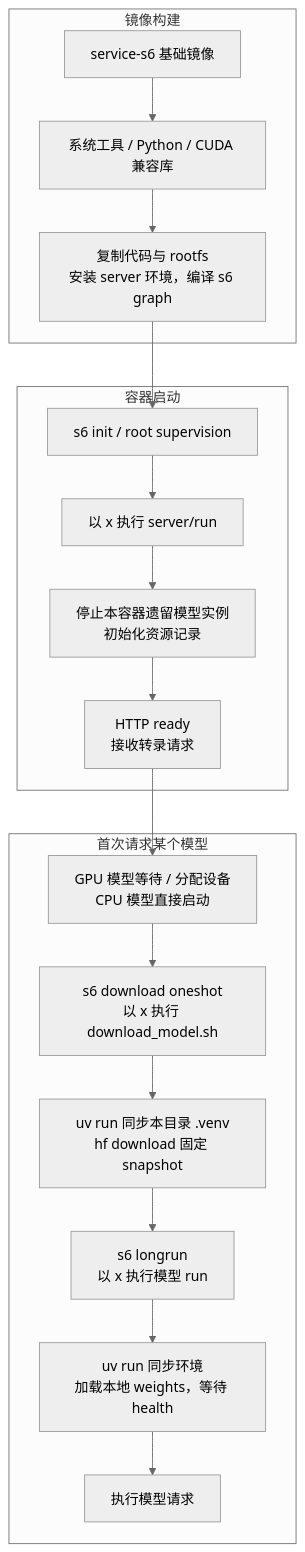
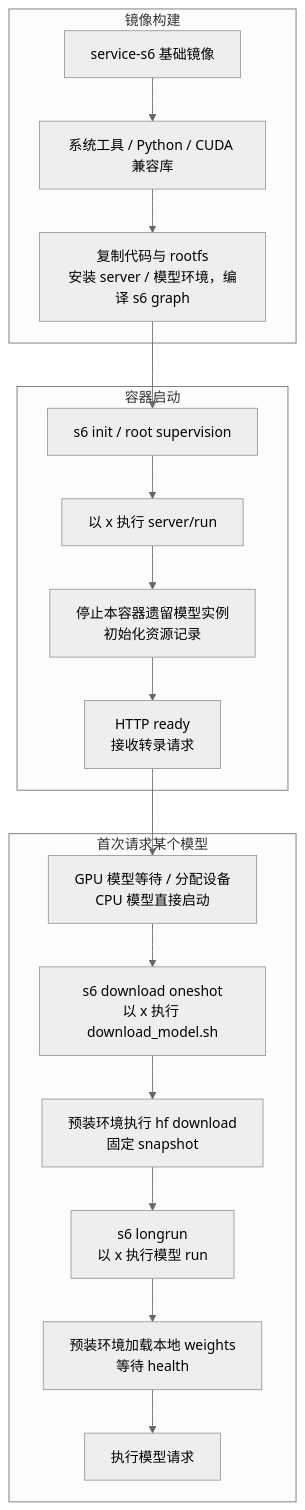
Before and after one commit to curoky/codespace: the second of 5 diagrams in platform/container/services/asr/DESIGN.md, drawn with Mermaid (neutral theme). The commit also changed other lines of this file and 34 other files, not shown here.

````diff
--- a/platform/container/services/asr/DESIGN.md
+++ b/platform/container/services/asr/DESIGN.md
@@ -104,21 +104,21 @@
 ```mermaid
 flowchart TD
     subgraph Build[镜像构建]
         B1[service-s6 基础镜像] --> B2[系统工具 / Python / CUDA 兼容库]
-        B2 --> B3[复制代码与 rootfs<br/>安装 server 环境，编译 s6 graph]
+        B2 --> B3[复制代码与 rootfs<br/>安装 server / 模型环境，编译 s6 graph]
     end
     subgraph Boot[容器启动]
         B3 --> I[s6 init / root supervision]
         I --> S[以 x 执行 server/run]
         S --> R[停止本容器遗留模型实例<br/>初始化资源记录]
         R --> H[HTTP ready<br/>接收转录请求]
     end
     subgraph Demand[首次请求某个模型]
         H --> A[GPU 模型等待 / 分配设备<br/>CPU 模型直接启动]
         A --> D[s6 download oneshot<br/>以 x 执行 download_model.sh]
-        D --> U[uv run 同步本目录 .venv<br/>hf download 固定 snapshot]
+        D --> U[预装环境执行 hf download<br/>固定 snapshot]
         U --> M[s6 longrun<br/>以 x 执行模型 run]
-        M --> V[uv run 同步环境<br/>加载本地 weights，等待 health]
+        M --> V[预装环境加载本地 weights<br/>等待 health]
         V --> Q[执行模型请求]
     end
 ```
````
